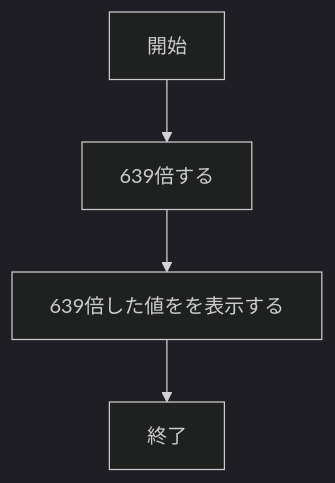
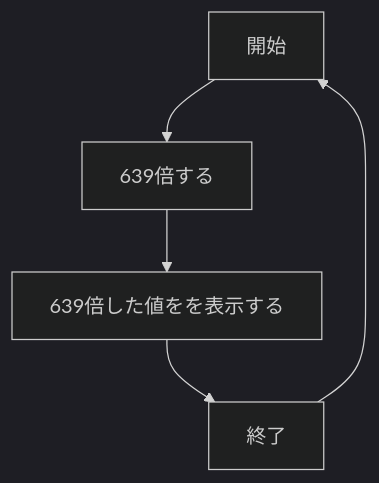
Before and after one commit to ryuki-97/webpro_06: the first of 2 diagrams in README.md, drawn with Mermaid (dark theme). The commit also changed other lines of this file and 2 other files, not shown here.

````diff
--- a/README.md
+++ b/README.md
@@ -25,6 +29,7 @@
 ```mermaid
 flowchart TD;
 開始 --> 639倍する;
 639倍する --> 639倍した値をを表示する;
 639倍した値をを表示する --> 終了;
+終了 --> 開始;
 ```
````
